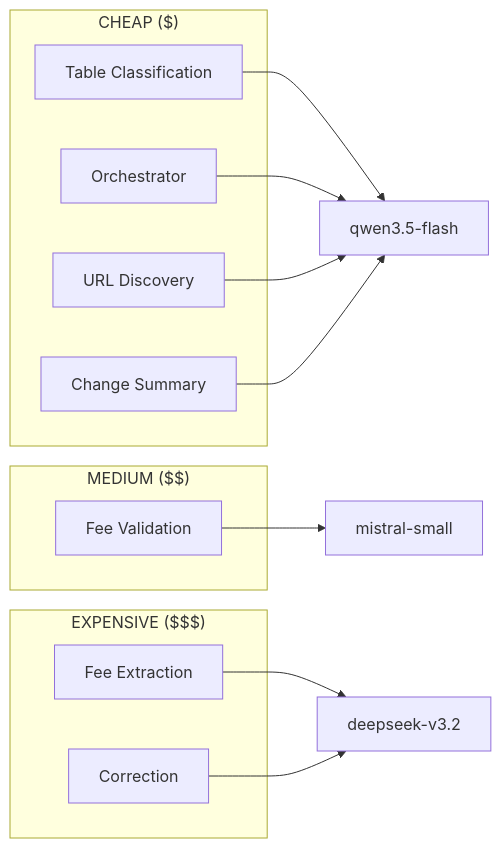
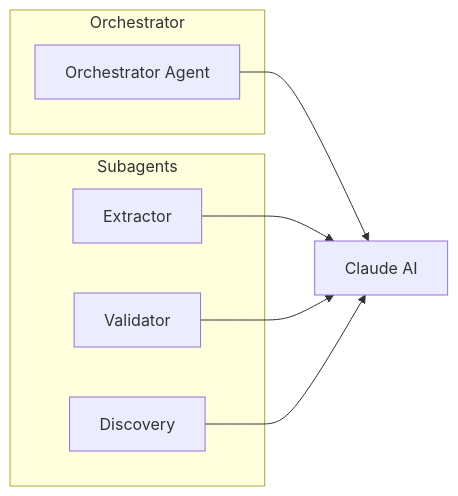
One commit to seoyds/exnot changed the diagram in docs/wiki/Configuration-Guide.md. Above: the diagram before and after it, drawn with Mermaid. The commit also changed other lines of this file and 11 other files, not shown here.

First line of the commit message:
docs: update wiki to reflect Claude Agent SDK migration

````diff
--- a/docs/wiki/Configuration-Guide.md
+++ b/docs/wiki/Configuration-Guide.md
@@ -111,26 +100,17 @@
 ```mermaid
 graph LR
-    subgraph "CHEAP ($)"
-        TC[Table Classification]
-        OR[Orchestrator]
-        UD[URL Discovery]
-        CS[Change Summary]
+    subgraph "Orchestrator"
+        O[Orchestrator Agent]
     end
 
-    subgraph "MEDIUM ($$)"
-        FV[Fee Validation]
+    subgraph "Subagents"
+        E[Extractor]
+        V[Validator]
+        D[Discovery]
     end
 
-    subgraph "EXPENSIVE ($$$)"
-        FE[Fee Extraction]
-        CO[Correction]
-    end
-
-    TC --> Q[qwen3.5-flash]
-    OR --> Q
-    UD --> Q
-    CS --> Q
-    FV --> M[mistral-small]
-    FE --> D[deepseek-v3.2]
-    CO --> D
+    O --> Claude[Claude AI]
+    E --> Claude
+    V --> Claude
+    D --> Claude
 ```
````
